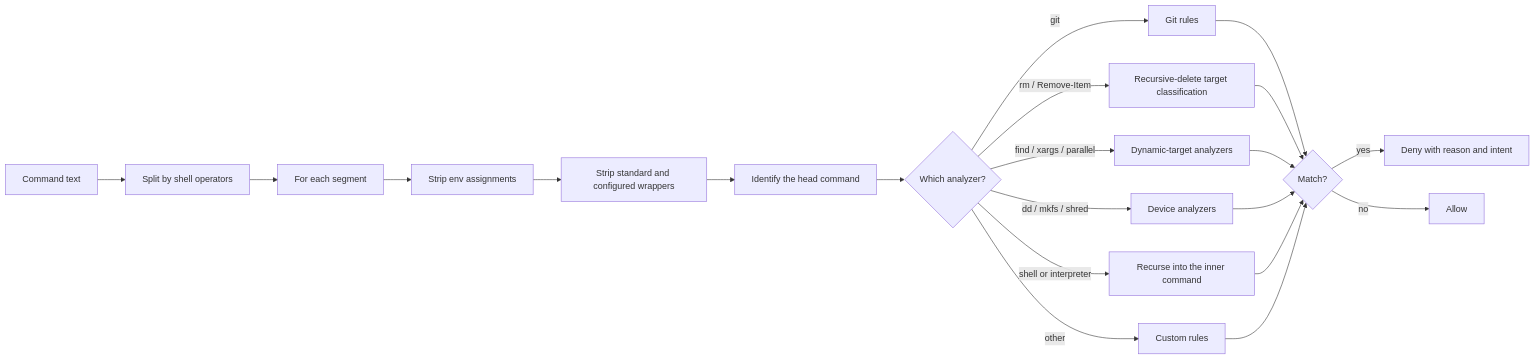
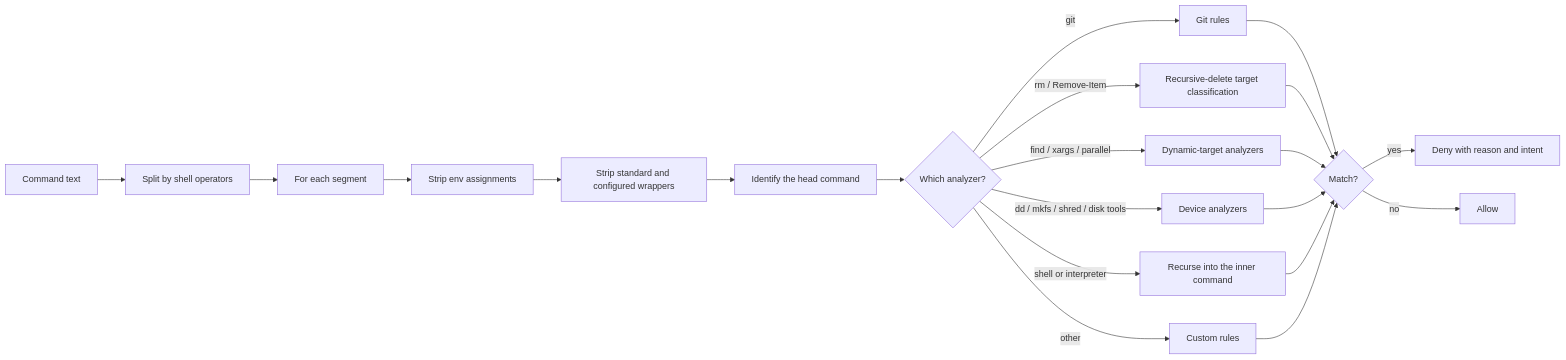
Before and after one commit to kenryu42/cc-safety-net-docs: the second of 2 diagrams in guides/architecture.mdx, drawn with Mermaid. The commit also changed 21 other files, not shown here.

````diff
--- a/guides/architecture.mdx
+++ b/guides/architecture.mdx
@@ -107,23 +107,23 @@
 ```mermaid
 graph LR
     Input["Command text"] --> Split["Split by shell operators"]
     Split --> Seg["For each segment"]
     Seg --> StripEnv["Strip env assignments"]
     StripEnv --> StripWrap["Strip standard and configured wrappers"]
     StripWrap --> Identify["Identify the head command"]
     Identify --> Dispatch{"Which analyzer?"}
     Dispatch -->|git| GitAnalyze["Git rules"]
     Dispatch -->|rm / Remove-Item| RmAnalyze["Recursive-delete target classification"]
     Dispatch -->|find / xargs / parallel| OtherAnalyze["Dynamic-target analyzers"]
-    Dispatch -->|dd / mkfs / shred| DeviceAnalyze["Device analyzers"]
+    Dispatch -->|dd / mkfs / shred / disk tools| DeviceAnalyze["Device analyzers"]
     Dispatch -->|shell or interpreter| Recurse["Recurse into the inner command"]
     Dispatch -->|other| Custom["Custom rules"]
     GitAnalyze --> Blocked{"Match?"}
     RmAnalyze --> Blocked
     OtherAnalyze --> Blocked
     DeviceAnalyze --> Blocked
     Recurse --> Blocked
     Custom --> Blocked
     Blocked -->|yes| Deny["Deny with reason and intent"]
     Blocked -->|no| Allow["Allow"]
 ```
````
